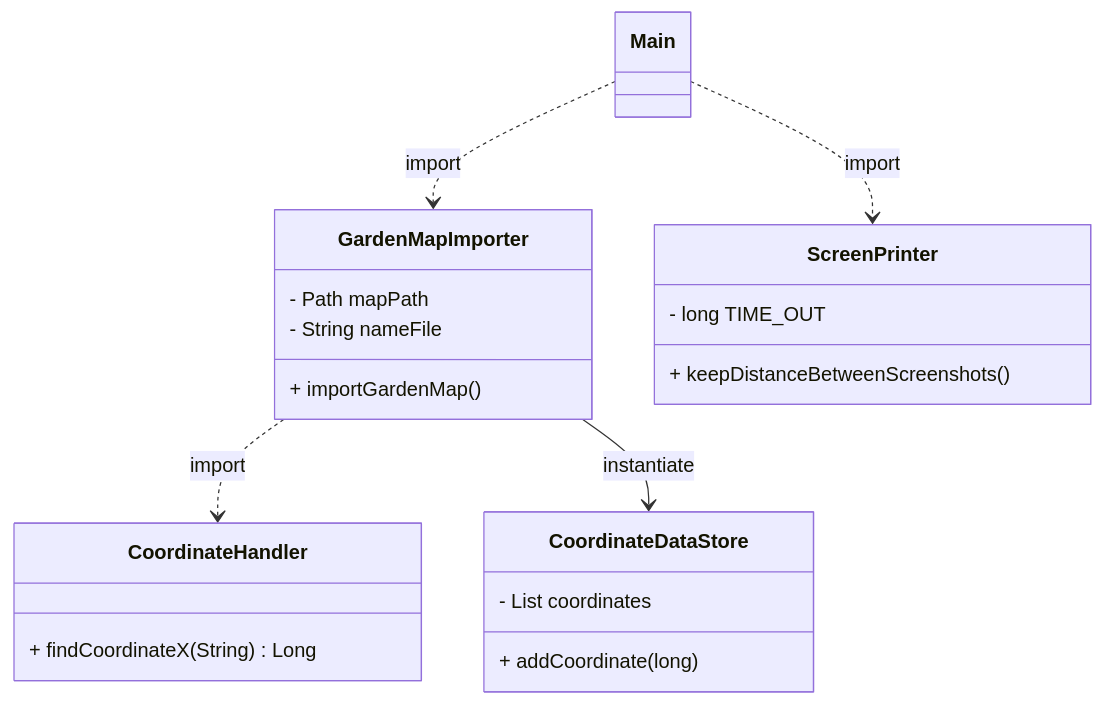
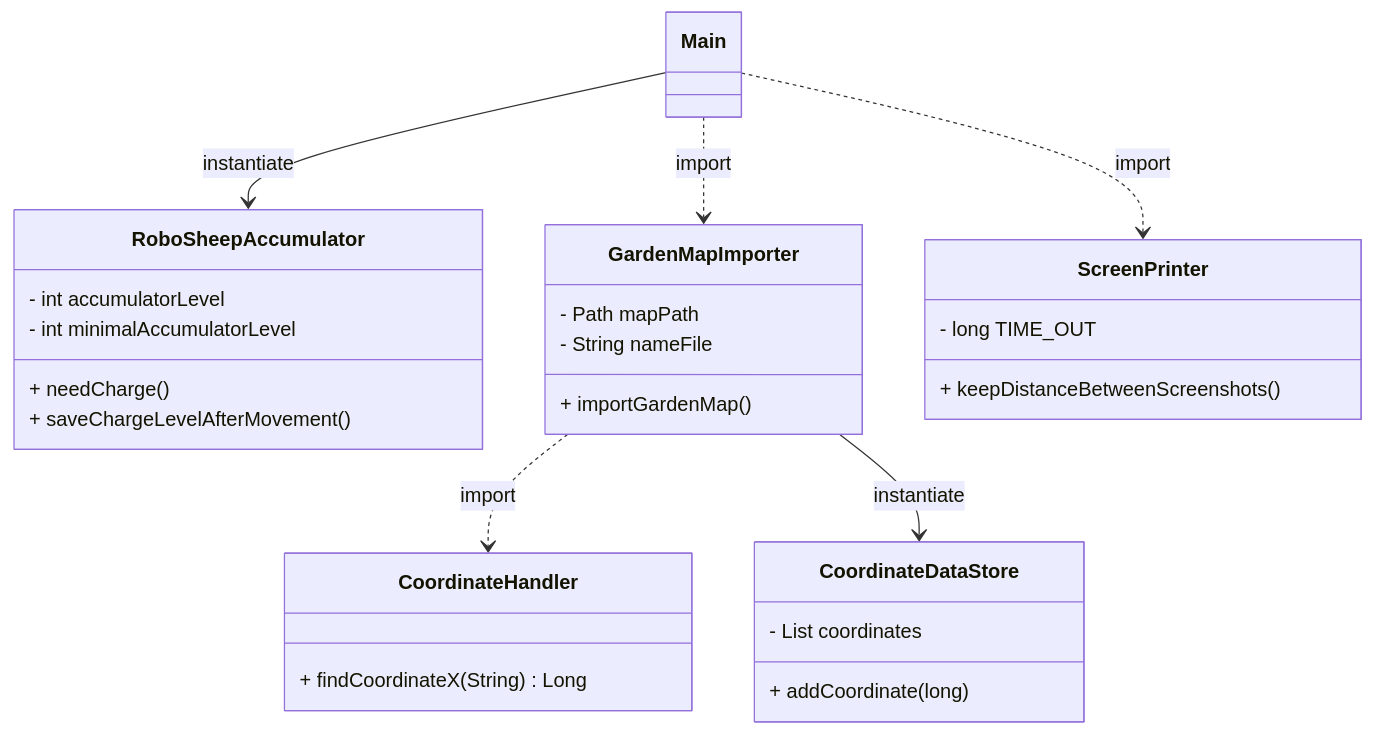
The diagram in README.md (ocelot8421/sheep), drawn with Mermaid before and after one commit. The commit also changed other lines of this file and 9 other files, not shown here.

````diff
--- a/README.md
+++ b/README.md
@@ -6,23 +6,31 @@
 ```mermaid
 classDiagram
+
+Main --> RoboSheepAccumulator : instantiate
 
 Main ..> GardenMapImporter : import
 GardenMapImporter ..> CoordinateHandler : import
 GardenMapImporter --> CoordinateDataStore : instantiate
 
 Main ..> ScreenPrinter : import
 
 GardenMapImporter : - Path mapPath
 GardenMapImporter : - String nameFile
 GardenMapImporter : + importGardenMap() 
 
 CoordinateHandler : + findCoordinateX(String) Long
 
 CoordinateDataStore : - List<Long> coordinates
 CoordinateDataStore : + addCoordinate(long)
 
 ScreenPrinter : - long TIME_OUT
 ScreenPrinter : + keepDistanceBetweenScreenshots()
 
+RoboSheepAccumulator : - int accumulatorLevel
+RoboSheepAccumulator : - int minimalAccumulatorLevel
+RoboSheepAccumulator : + needCharge()
+RoboSheepAccumulator : + saveChargeLevelAfterMovement()
+
+
 
 ```
````
